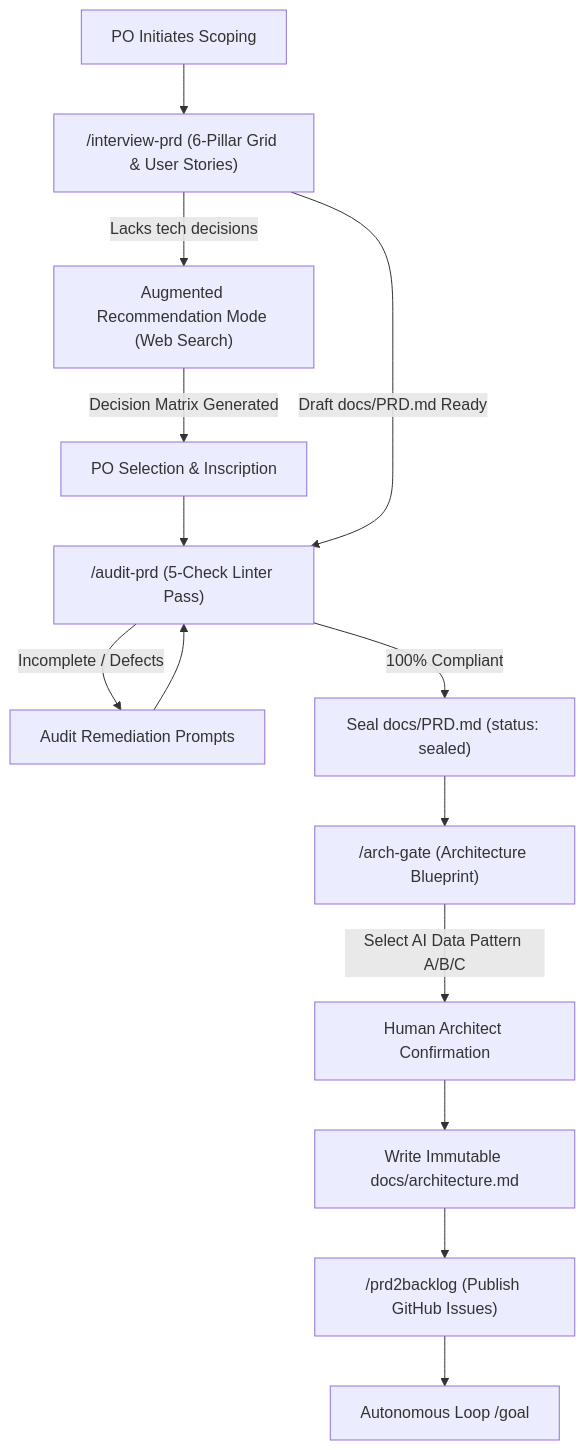
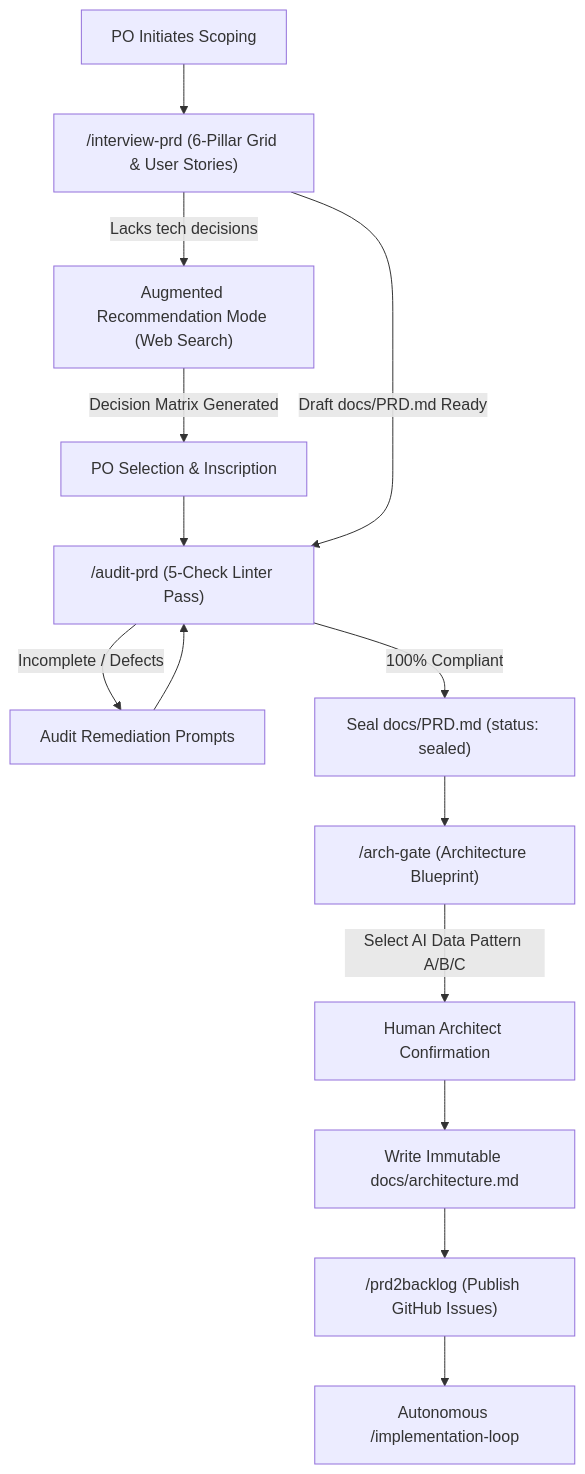
Before and after one commit to lambertaurelle/autonomous-developer-suite: the diagram in .agents/workflows/interview-prd.md, drawn with Mermaid. The commit also changed 10 other files, not shown here.

Commit message:
refactor(workflows): rename goal workflow to implementation-loop and align methodology diagram in README

````diff
--- a/.agents/workflows/interview-prd.md
+++ b/.agents/workflows/interview-prd.md
@@ -4,16 +4,16 @@
 ```mermaid
 graph TD
     A[PO Initiates Scoping] --> B["/interview-prd (6-Pillar Grid & User Stories)"]
     B -->|Lacks tech decisions| C["Augmented Recommendation Mode (Web Search)"]
     C -->|Decision Matrix Generated| D[PO Selection & Inscription]
     D --> E["/audit-prd (5-Check Linter Pass)"]
     B -->|Draft docs/PRD.md Ready| E
     E -->|Incomplete / Defects| F[Audit Remediation Prompts]
     F --> E
     E -->|100% Compliant| G["Seal docs/PRD.md (status: sealed)"]
     G --> H["/arch-gate (Architecture Blueprint)"]
     H -->|Select AI Data Pattern A/B/C| I[Human Architect Confirmation]
     I --> J["Write Immutable docs/architecture.md"]
     J --> K["/prd2backlog (Publish GitHub Issues)"]
-    K --> L["Autonomous Loop /goal"]
+    K --> L["Autonomous /implementation-loop"]
 ```
````
